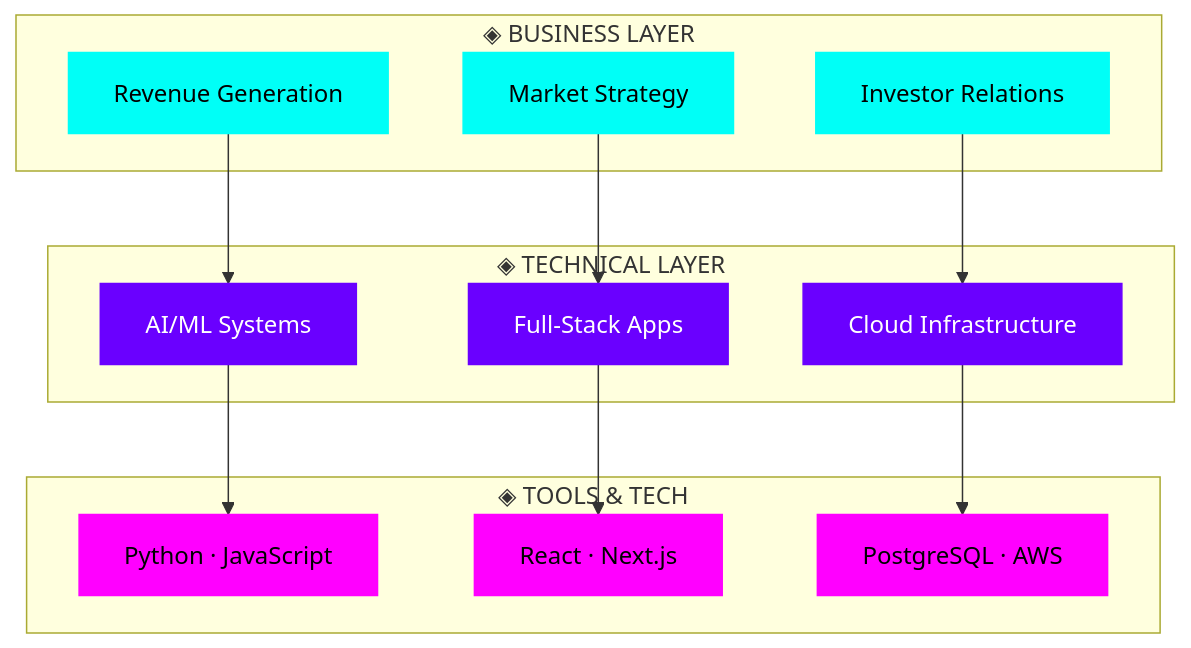
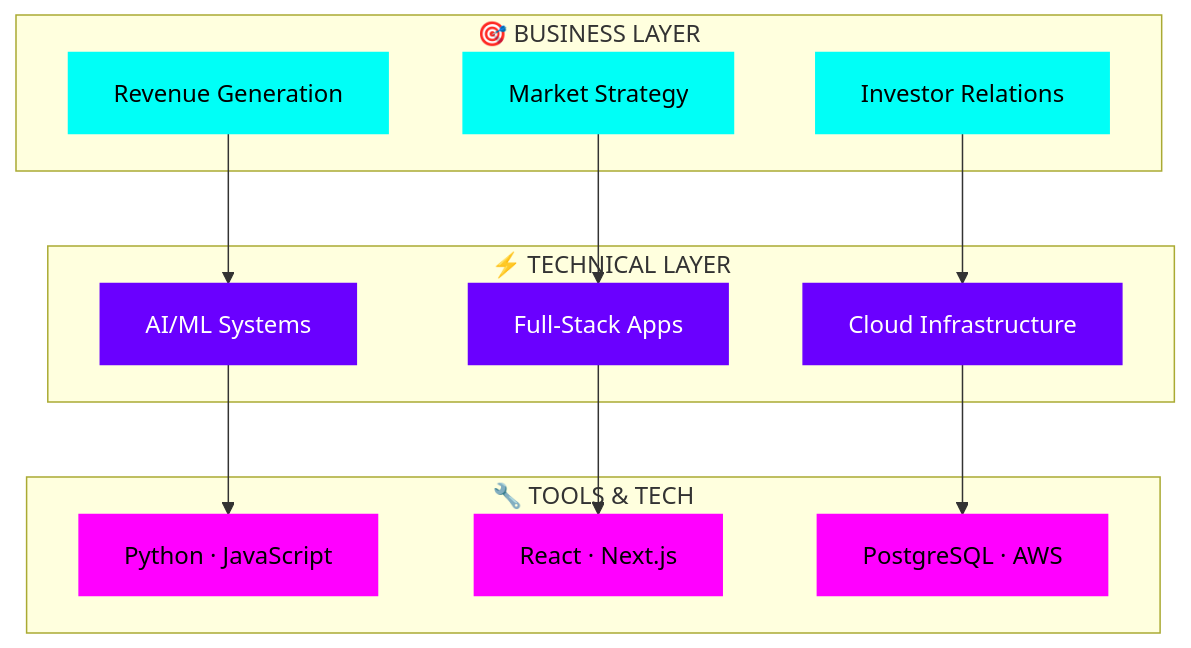
Before and after one commit to wallaceokeke/wallaceokeke: the first of 3 diagrams in README.md, drawn with Mermaid. The commit also changed other lines of this file, not shown here.

````diff
--- a/README.md
+++ b/README.md
@@ -243,33 +241,33 @@
 ```mermaid
 graph TB
-    subgraph BIZ["◈ BUSINESS LAYER"]
+    subgraph BIZ["🎯 BUSINESS LAYER"]
         B1[Revenue Generation]
         B2[Market Strategy]
         B3[Investor Relations]
     end
-    subgraph TECH["◈ TECHNICAL LAYER"]
+    subgraph TECH["⚡ TECHNICAL LAYER"]
         T1[AI/ML Systems]
         T2[Full-Stack Apps]
         T3[Cloud Infrastructure]
     end
-    subgraph TOOLS["◈ TOOLS & TECH"]
+    subgraph TOOLS["🔧 TOOLS & TECH"]
         TT1[Python · JavaScript]
         TT2[React · Next.js]
         TT3[PostgreSQL · AWS]
     end
     B1 --> T1
     B2 --> T2
     B3 --> T3
     T1 --> TT1
     T2 --> TT2
     T3 --> TT3
     style B1 fill:#00fff7,stroke:#00fff7,color:#000
     style B2 fill:#00fff7,stroke:#00fff7,color:#000
     style B3 fill:#00fff7,stroke:#00fff7,color:#000
     style T1 fill:#6a00ff,stroke:#6a00ff,color:#fff
     style T2 fill:#6a00ff,stroke:#6a00ff,color:#fff
     style T3 fill:#6a00ff,stroke:#6a00ff,color:#fff
     style TT1 fill:#ff00ff,stroke:#ff00ff,color:#000
     style TT2 fill:#ff00ff,stroke:#ff00ff,color:#000
     style TT3 fill:#ff00ff,stroke:#ff00ff,color:#000
 ```
````
